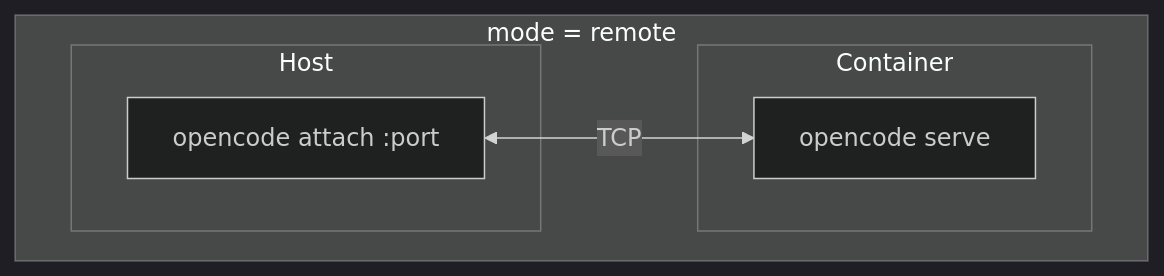
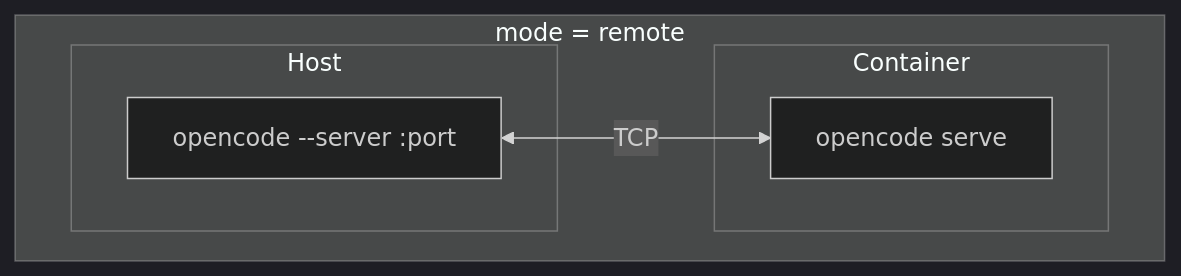
Before and after one commit to seznam/jailoc: the first of 2 diagrams in docs/explanation/access-modes.md, drawn with Mermaid (dark theme). The commit also changed other lines of this file and 22 other files, not shown here.

````diff
--- a/docs/explanation/access-modes.md
+++ b/docs/explanation/access-modes.md
@@ -9,12 +9,12 @@
 ```mermaid
 flowchart TB
     subgraph remote["mode = remote"]
         subgraph rh["Host"]
-            ra["opencode attach :port"]
+            ra["opencode --server :port"]
         end
         subgraph rc["Container"]
             rs["opencode serve"]
         end
         ra <-->|TCP| rs
     end
 ```
````
